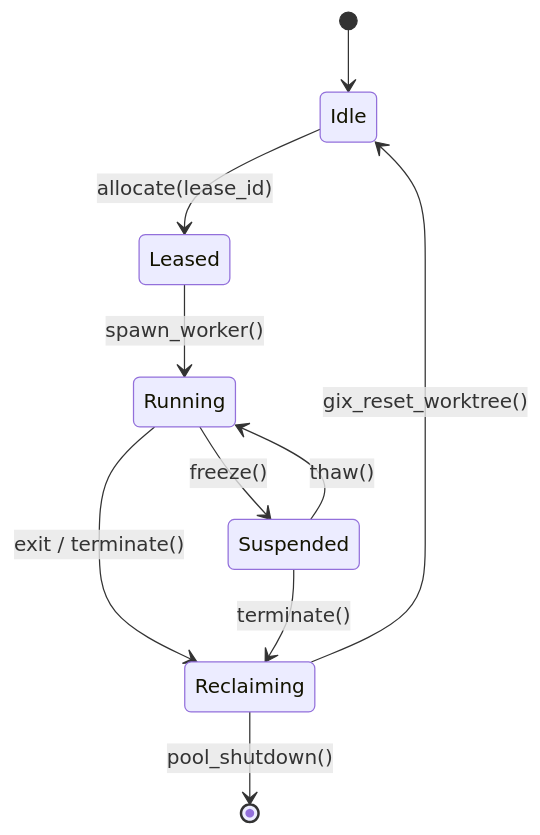
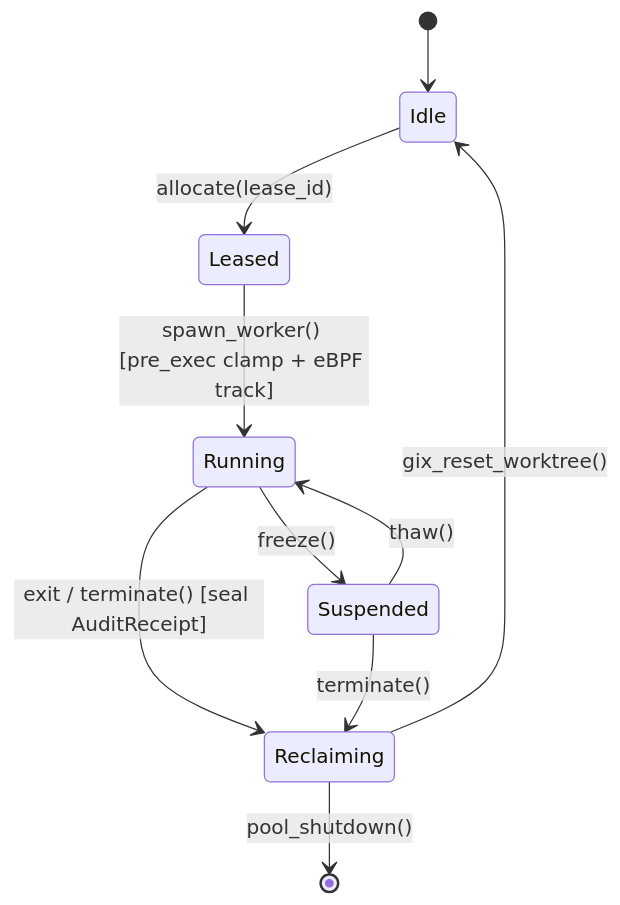
The diagram in specs/0015-slot-pool-cgroup-freezer-and-gitoxide.md (unsigned-gg/uas), drawn with Mermaid before and after one commit. The commit also changed other lines of this file and 2 other files, not shown here.

````diff
--- a/specs/0015-slot-pool-cgroup-freezer-and-gitoxide.md
+++ b/specs/0015-slot-pool-cgroup-freezer-and-gitoxide.md
@@ -45,12 +52,12 @@
 ```mermaid
 stateDiagram-v2
     [*] --> Idle
     Idle --> Leased: allocate(lease_id)
-    Leased --> Running: spawn_worker()
+    Leased --> Running: spawn_worker() [pre_exec clamp + eBPF track]
     Running --> Suspended: freeze()
     Suspended --> Running: thaw()
-    Running --> Reclaiming: exit / terminate()
+    Running --> Reclaiming: exit / terminate() [seal AuditReceipt]
     Suspended --> Reclaiming: terminate()
     Reclaiming --> Idle: gix_reset_worktree()
     Reclaiming --> [*]: pool_shutdown()
 ```
````
